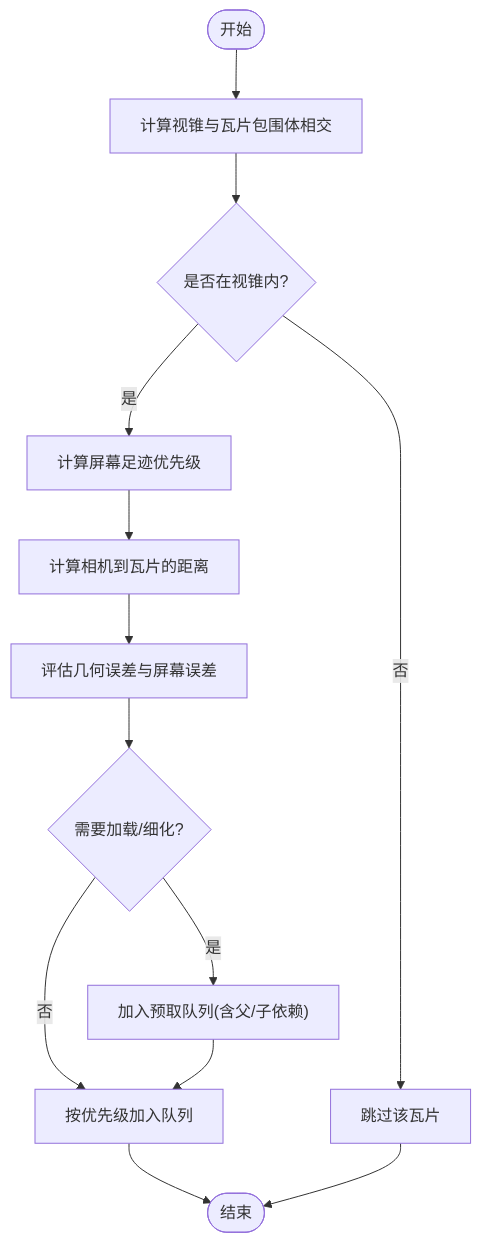
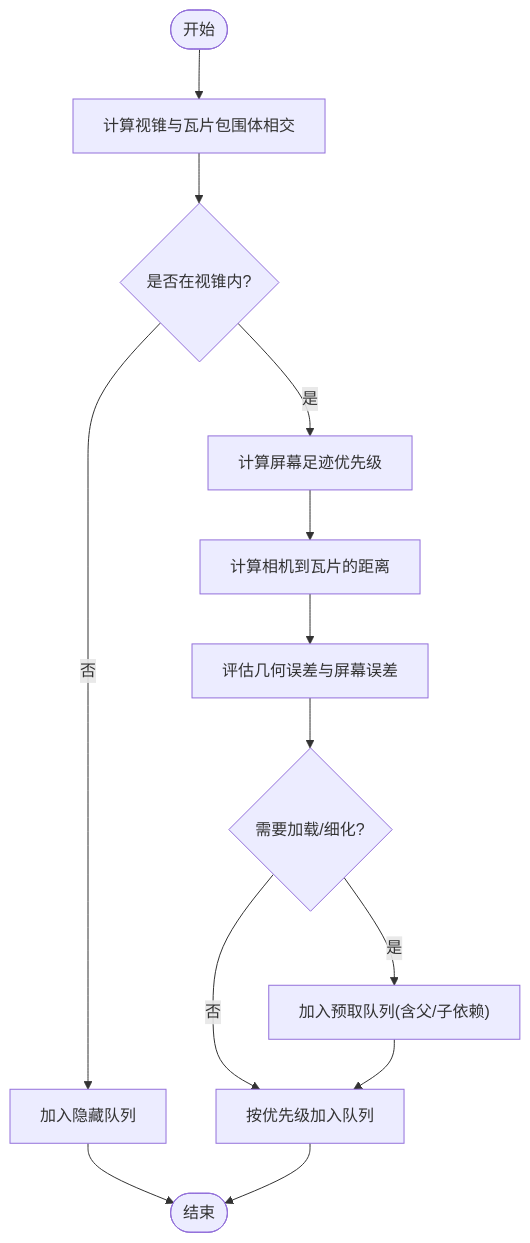
The third of 10 diagrams in .qoder/repowiki/zh/content/性能优化/数据加载优化/瓦片加载策略.md (rzhangjing/cesium), drawn with Mermaid before and after one commit. The commit also changed other lines of this file and 61 other files, not shown here.

First line of the commit message:
修改地图晃动BUG

````diff
--- a/.qoder/repowiki/zh/content/性能优化/数据加载优化/瓦片加载策略.md
+++ b/.qoder/repowiki/zh/content/性能优化/数据加载优化/瓦片加载策略.md
@@ -140,15 +154,15 @@
 ```mermaid
 flowchart TD
 Start(["开始"]) --> ViewFrustum["计算视锥与瓦片包围体相交"]
 ViewFrustum --> Visible{"是否在视锥内?"}
-Visible --> |否| Skip["跳过该瓦片"]
+Visible --> |否| TrackHide["加入隐藏队列"]
 Visible --> |是| ScreenFootprint["计算屏幕足迹优先级"]
+TrackHide --> End(["结束"])
 ScreenFootprint --> DistCalc["计算相机到瓦片的距离"]
 DistCalc --> LODCheck["评估几何误差与屏幕误差"]
 LODCheck --> NeedLoad{"需要加载/细化?"}
 NeedLoad --> |否| Rank["按优先级加入队列"]
 NeedLoad --> |是| Prefetch["加入预取队列(含父/子依赖)"]
 Prefetch --> Rank
-Rank --> End(["结束"])
-Skip --> End
+Rank --> End
 ```
````
